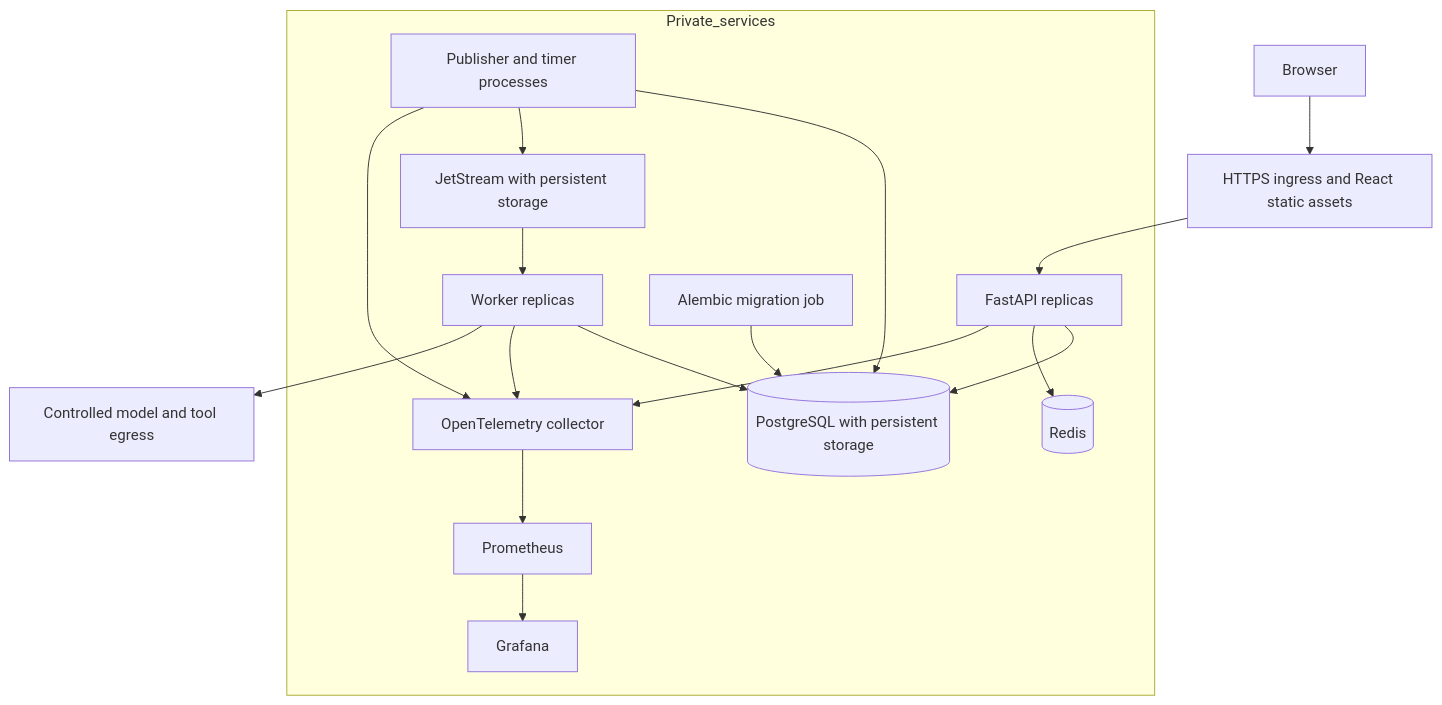
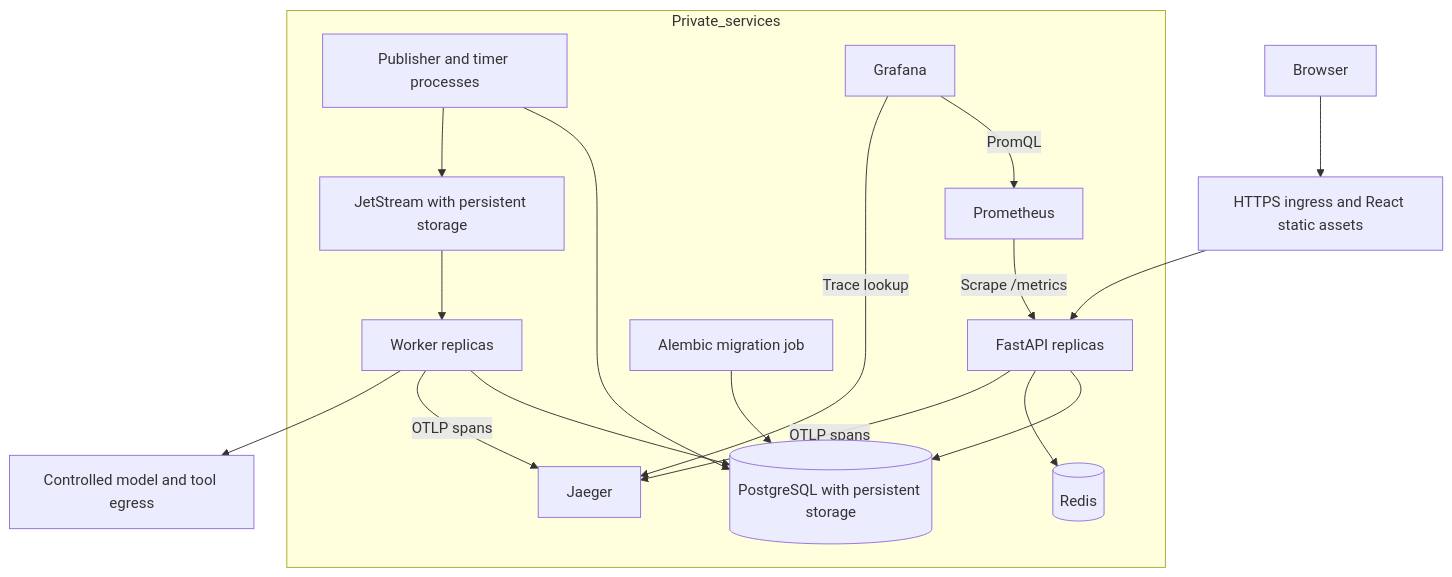
One commit to Shrishkd/AgentOS changed the diagram in docs/architecture/deployment.md. Above: the diagram before and after it, drawn with Mermaid. The commit also changed other lines of this file and 17 other files, not shown here.

````diff
--- a/docs/architecture/deployment.md
+++ b/docs/architecture/deployment.md
@@ -3,20 +3,20 @@
 ```mermaid
 flowchart TB
     Client[Browser] --> Edge[HTTPS ingress and React static assets]
     Edge --> API[FastAPI replicas]
     subgraph Private_services
         API --> PG[(PostgreSQL with persistent storage)]
         API --> Redis[(Redis)]
         BG[Publisher and timer processes] --> PG
         BG --> NATS[JetStream with persistent storage]
         NATS --> W[Worker replicas]
         W --> PG
         Migration[Alembic migration job] --> PG
-        API --> OT[OpenTelemetry collector]
-        W --> OT
-        BG --> OT
-        OT --> PM[Prometheus]
-        PM --> GF[Grafana]
+        API -->|OTLP spans| J[Jaeger]
+        W -->|OTLP spans| J
+        PM[Prometheus] -->|Scrape /metrics| API
+        GF[Grafana] -->|PromQL| PM
+        GF -->|Trace lookup| J
     end
     W --> Egress[Controlled model and tool egress]
 ```
````
